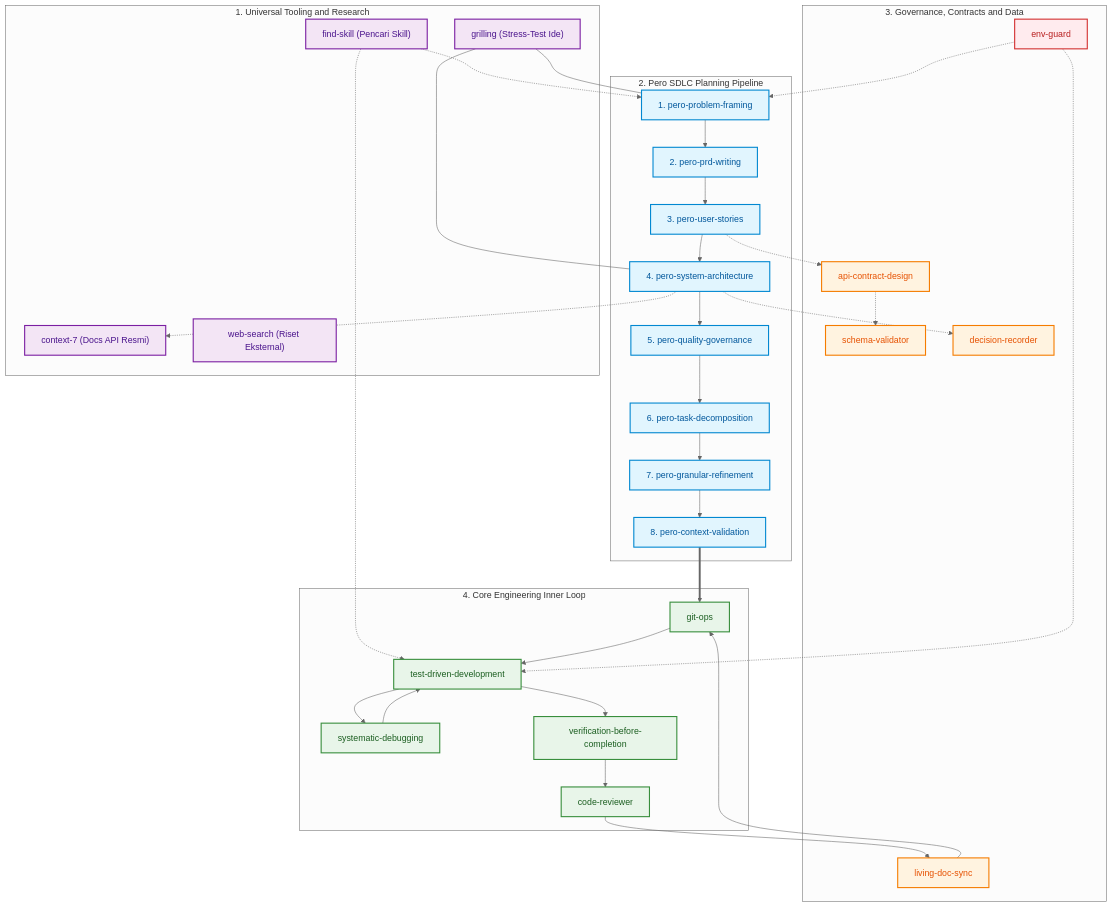
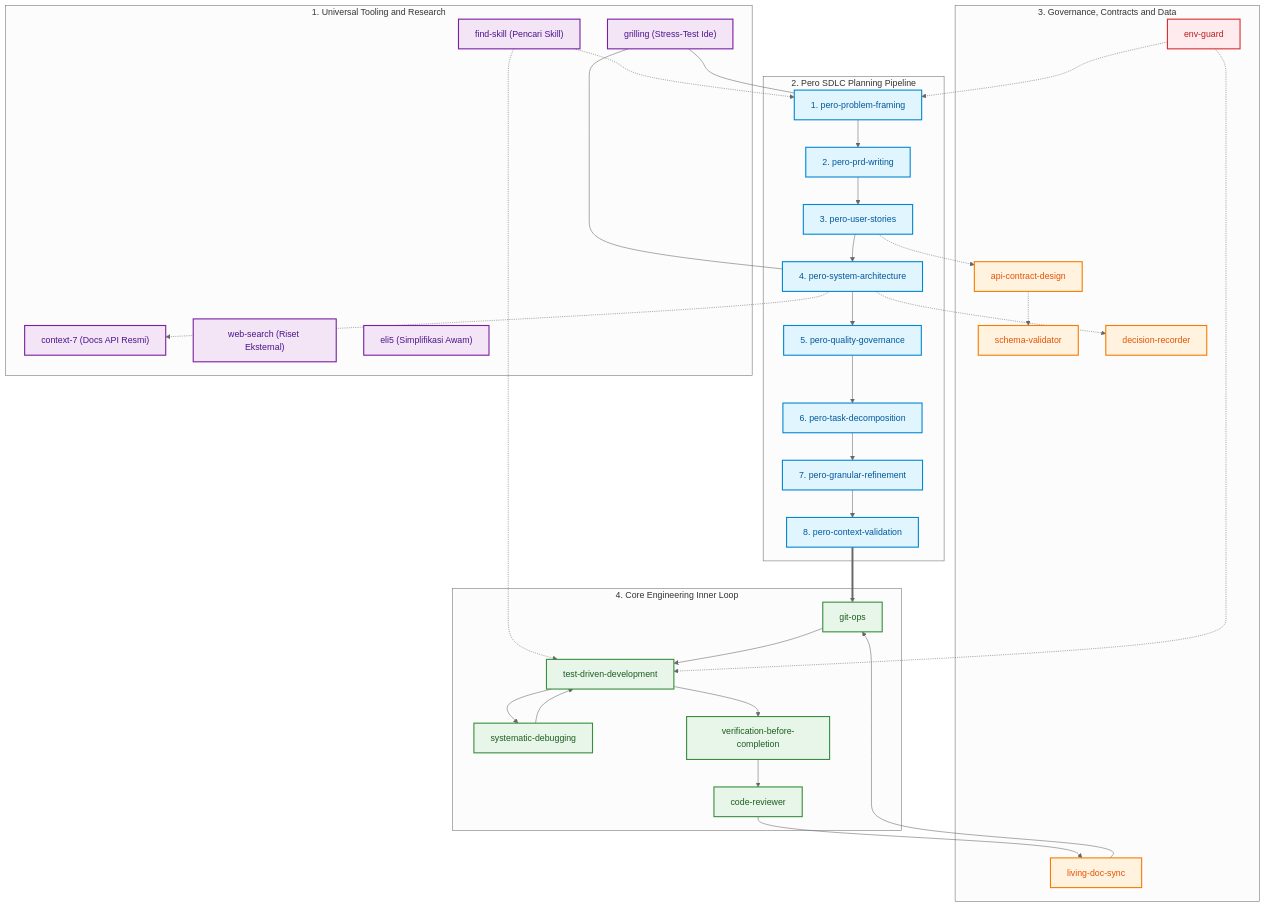
Before and after one commit to okyFaishal/pero-agent-skills: the first of 4 diagrams in README.md, drawn with Mermaid (neutral theme). The commit also changed other lines of this file and 4 other files, not shown here.

````diff
--- a/README.md
+++ b/README.md
@@ -43,76 +43,77 @@
 ```mermaid
 flowchart TB
     %% STYLING
     classDef sdlc fill:#e1f5fe,stroke:#0288d1,stroke-width:2px,color:#01579b;
     classDef engine fill:#e8f5e9,stroke:#388e3c,stroke-width:2px,color:#1b5e20;
     classDef govern fill:#fff3e0,stroke:#f57c00,stroke-width:2px,color:#e65100;
     classDef tool fill:#f3e5f5,stroke:#7b1fa2,stroke-width:2px,color:#4a148c;
     classDef guard fill:#ffebee,stroke:#d32f2f,stroke-width:2px,color:#b71c1c;
 
     subgraph TOOLING [1. Universal Tooling and Research]
         FS["find-skill (Pencari Skill)"]:::tool
         C7["context-7 (Docs API Resmi)"]:::tool
         WS["web-search (Riset Eksternal)"]:::tool
         GRL["grilling (Stress-Test Ide)"]:::tool
+        ELI5["eli5 (Simplifikasi Awam)"]:::tool
     end
 
     subgraph SDLC [2. Pero SDLC Planning Pipeline]
         S1["1. pero-problem-framing"]:::sdlc
         S2["2. pero-prd-writing"]:::sdlc
         S3["3. pero-user-stories"]:::sdlc
         S4["4. pero-system-architecture"]:::sdlc
         S5["5. pero-quality-governance"]:::sdlc
         S6["6. pero-task-decomposition"]:::sdlc
         S7["7. pero-granular-refinement"]:::sdlc
         S8["8. pero-context-validation"]:::sdlc
     end
 
     subgraph CONTRACTS [3. Governance, Contracts and Data]
         API["api-contract-design"]:::govern
         SCH["schema-validator"]:::govern
         ADR["decision-recorder"]:::govern
         DOC["living-doc-sync"]:::govern
         ENV["env-guard"]:::guard
     end
 
     subgraph ENGINE [4. Core Engineering Inner Loop]
         GIT["git-ops"]:::engine
         TDD["test-driven-development"]:::engine
         DBG["systematic-debugging"]:::engine
         VBC["verification-before-completion"]:::engine
         REV["code-reviewer"]:::engine
     end
 
     %% Connections
     FS -.-> S1
     FS -.-> TDD
     
     GRL --- S1
     GRL --- S4
     
     S1 --> S2
     S2 --> S3
     S3 --> S4
     S4 --> S5
     S5 --> S6
     S6 --> S7
     S7 --> S8
     
     S3 -.-> API
     API -.-> SCH
     S4 -.-> C7
     S4 -.-> ADR
     
     S8 ==> GIT
     
     GIT --> TDD
     TDD --> DBG
     DBG --> TDD
     TDD --> VBC
     VBC --> REV
     REV --> DOC
     DOC --> GIT
 
     ENV -.-> TDD
     ENV -.-> S1
 ```
````
